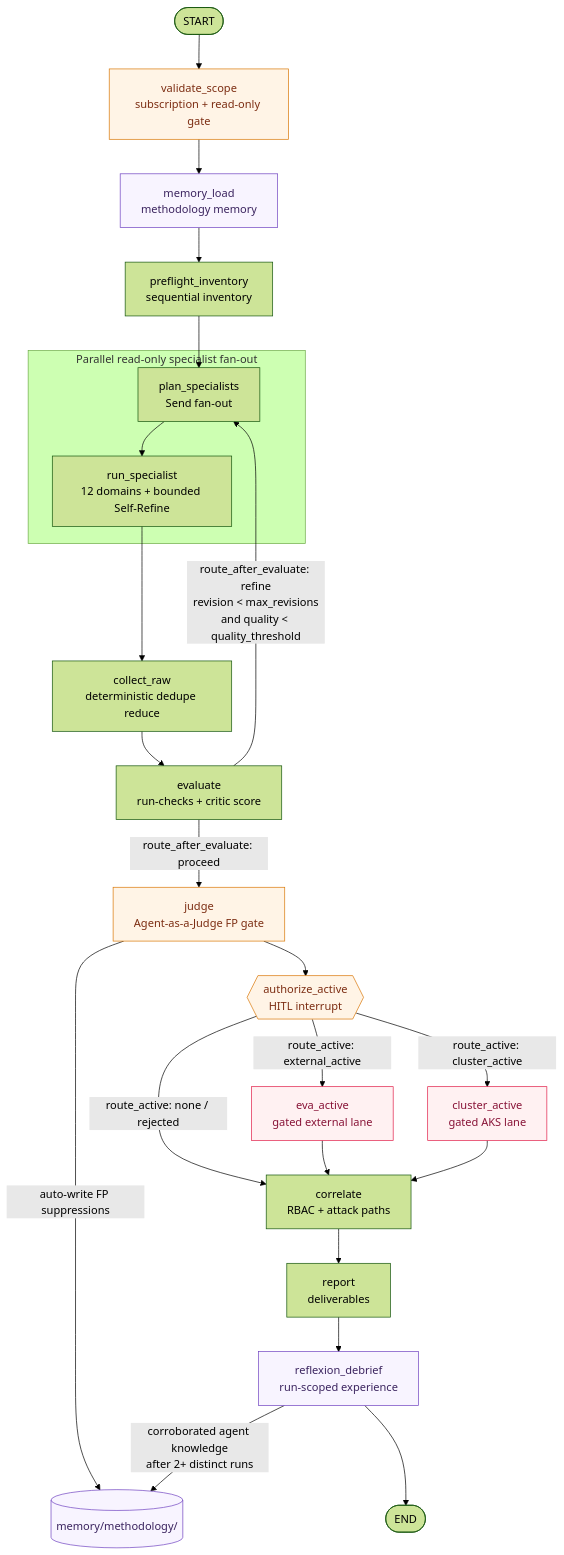
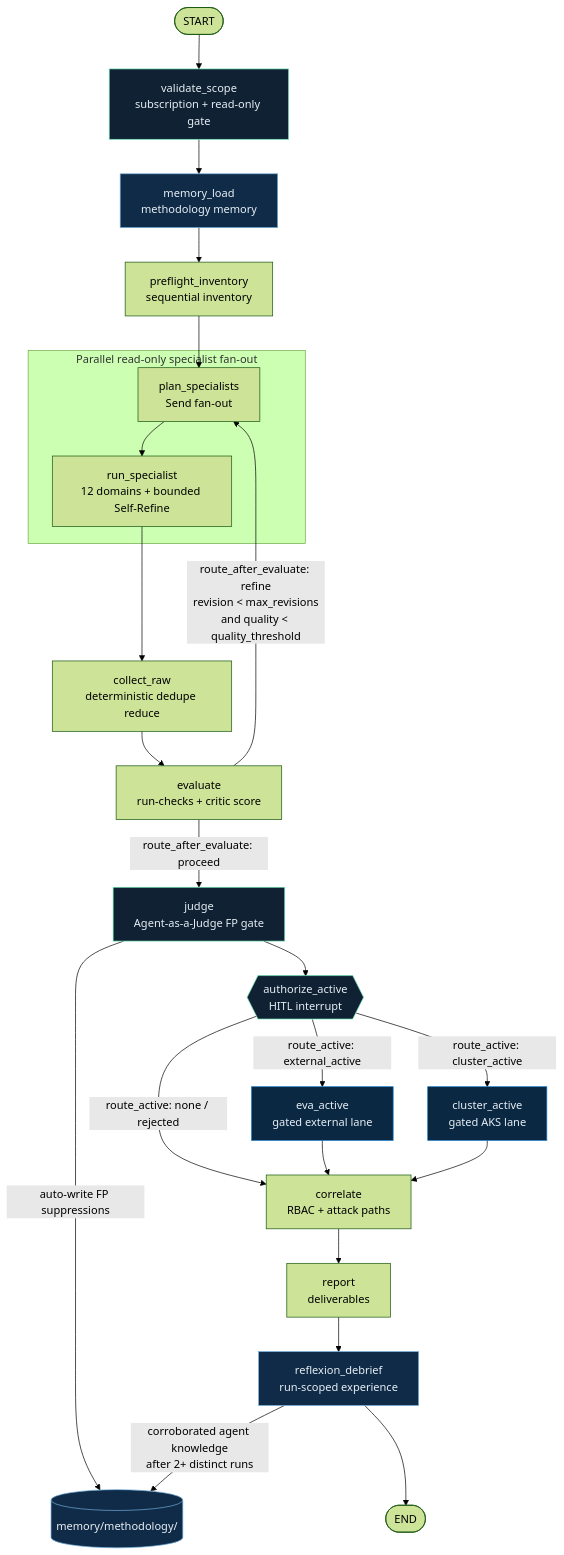
One commit to Contoso-State/red-team-agent-orchestration changed the diagram in doc/graph-engineering.md. Above: the diagram before and after it, drawn with Mermaid (forest theme). The commit also changed 2 other files, not shown here.

Commit message:
Unify documentation pages with landing design

````diff
--- a/doc/graph-engineering.md
+++ b/doc/graph-engineering.md
@@ -41,36 +41,36 @@
 ```{mermaid}
 graph TD
     START([START]) --> VS[validate_scope<br/>subscription + read-only gate]
     VS --> ML[memory_load<br/>methodology memory]
     ML --> PI[preflight_inventory<br/>sequential inventory]
     PI --> PS[plan_specialists<br/>Send fan-out]
 
     subgraph Fanout[Parallel read-only specialist fan-out]
         PS --> RS[run_specialist<br/>12 domains + bounded Self-Refine]
     end
 
     RS --> CR[collect_raw<br/>deterministic dedupe reduce]
     CR --> EV[evaluate<br/>run-checks + critic score]
 
     EV -->|route_after_evaluate: refine<br/>revision < max_revisions<br/>and quality < quality_threshold| PS
     EV -->|route_after_evaluate: proceed| J[judge<br/>Agent-as-a-Judge FP gate]
 
     J -->|auto-write FP suppressions| MW[(memory/methodology/)]
     J --> AA{{authorize_active<br/>HITL interrupt}}
     AA -->|route_active: external_active| EVA[eva_active<br/>gated external lane]
     AA -->|route_active: cluster_active| CA[cluster_active<br/>gated AKS lane]
     AA -->|route_active: none / rejected| CO[correlate<br/>RBAC + attack paths]
     EVA --> CO
     CA --> CO
     CO --> RP[report<br/>deliverables]
     RP --> RD[reflexion_debrief<br/>run-scoped experience]
     RD -->|corroborated agent knowledge<br/>after 2+ distinct runs| MW
     RD --> END([END])
 
-    classDef memory fill:#f8f4ff,stroke:#6f42c1,color:#3b245f;
-    classDef gate fill:#fff4e6,stroke:#d97706,color:#7c2d12;
-    classDef active fill:#fff1f2,stroke:#e11d48,color:#881337;
+    classDef memory fill:#102b47,stroke:#70addb,color:#e7eef4;
+    classDef gate fill:#0f2133,stroke:#71e6b5,color:#e7eef4;
+    classDef active fill:#0a2842,stroke:#1d82d1,color:#e7eef4;
     class ML,MW,RD memory;
     class VS,AA,J gate;
     class EVA,CA active;
 ```
````
